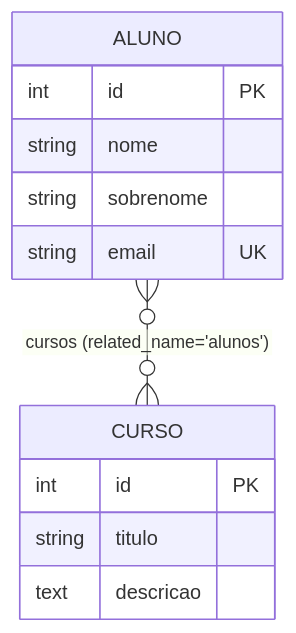
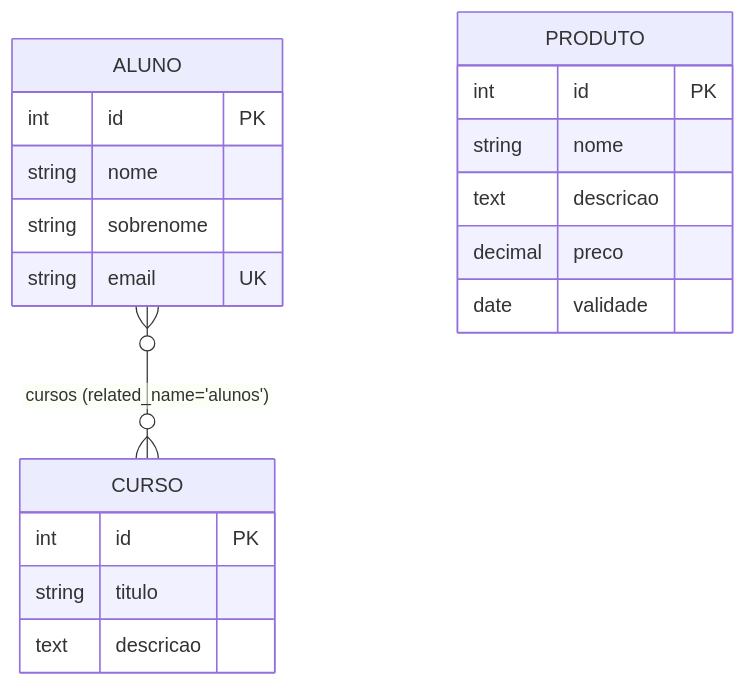
One commit to gabrieltrabalhos478-art/ProgBackend-E.As changed the diagram in README.md. Above: the diagram before and after it, drawn with Mermaid. The commit also changed other lines of this file, not shown here.

````diff
--- a/README.md
+++ b/README.md
@@ -67,15 +73,22 @@
 ```mermaid
 erDiagram
     ALUNO {
         int id PK
         string nome
         string sobrenome
         string email UK
     }
     CURSO {
         int id PK
         string titulo
         text descricao
     }
+    PRODUTO {
+        int id PK
+        string nome
+        text descricao
+        decimal preco
+        date validade
+    }
     ALUNO }o--o{ CURSO : "cursos (related_name='alunos')"
 ```
````
